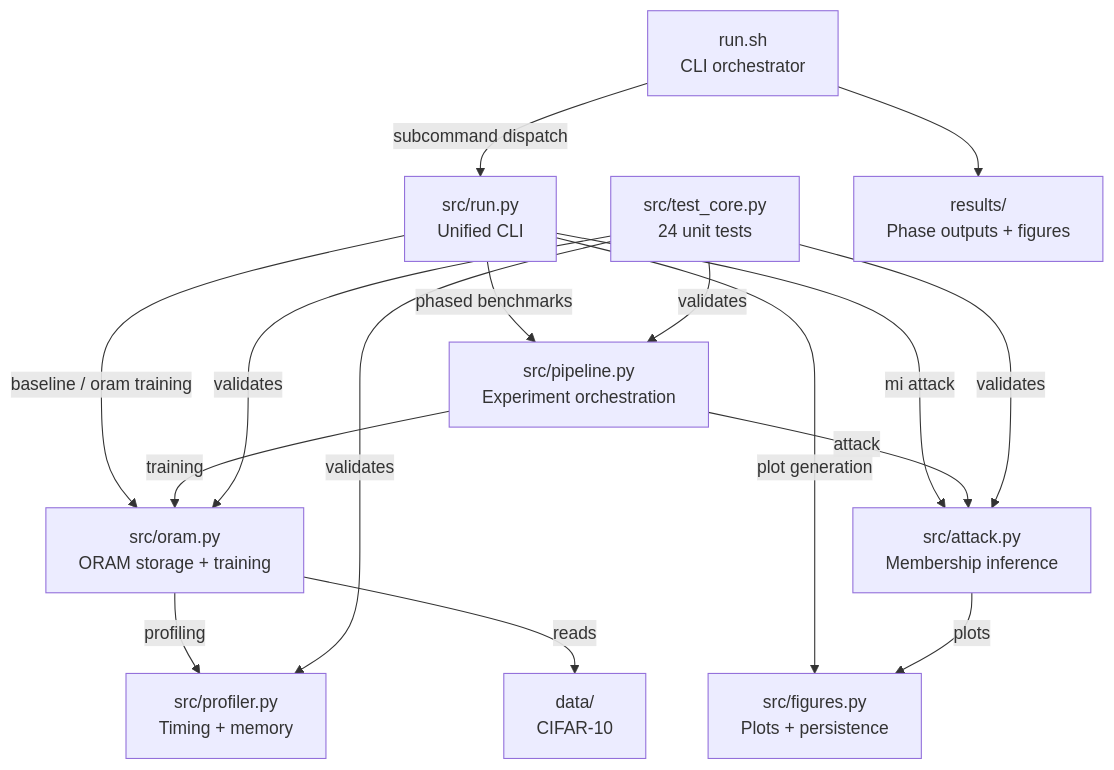
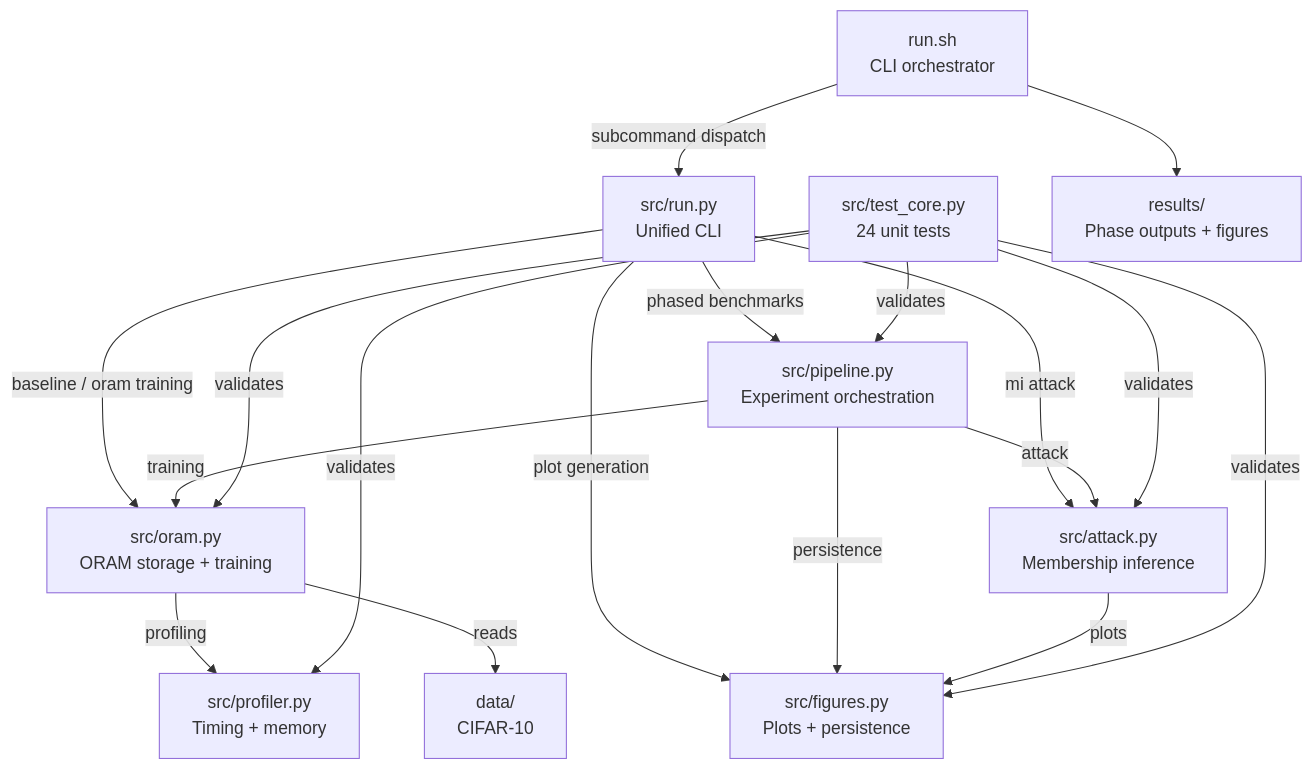
The diagram in README.md (cadenroberts/oram), drawn with Mermaid before and after one commit.

Commit message:
sync 2026-03-26 03:43:03

````diff
--- a/README.md
+++ b/README.md
@@ -9,29 +9,31 @@
 ```mermaid
 flowchart TB
     RunSh["run.sh<br/>CLI orchestrator"]
     RunPy["src/run.py<br/>Unified CLI"]
     Oram["src/oram.py<br/>ORAM storage + training"]
     Pipeline["src/pipeline.py<br/>Experiment orchestration"]
     Attack["src/attack.py<br/>Membership inference"]
     Figures["src/figures.py<br/>Plots + persistence"]
     Profiler["src/profiler.py<br/>Timing + memory"]
     TestCore["src/test_core.py<br/>24 unit tests"]
     CIFAR["data/<br/>CIFAR-10"]
     Results["results/<br/>Phase outputs + figures"]
 
     RunSh -->|subcommand dispatch| RunPy
     RunPy -->|baseline / oram training| Oram
     RunPy -->|phased benchmarks| Pipeline
     RunPy -->|mi attack| Attack
     RunPy -->|plot generation| Figures
     Oram -->|profiling| Profiler
     Oram -->|reads| CIFAR
     Pipeline -->|training| Oram
     Pipeline -->|attack| Attack
+    Pipeline -->|persistence| Figures
     Attack -->|plots| Figures
     TestCore -->|validates| Oram
+    TestCore -->|validates| Figures
     TestCore -->|validates| Attack
     TestCore -->|validates| Profiler
     TestCore -->|validates| Pipeline
     RunSh --> Results
 ```
````
